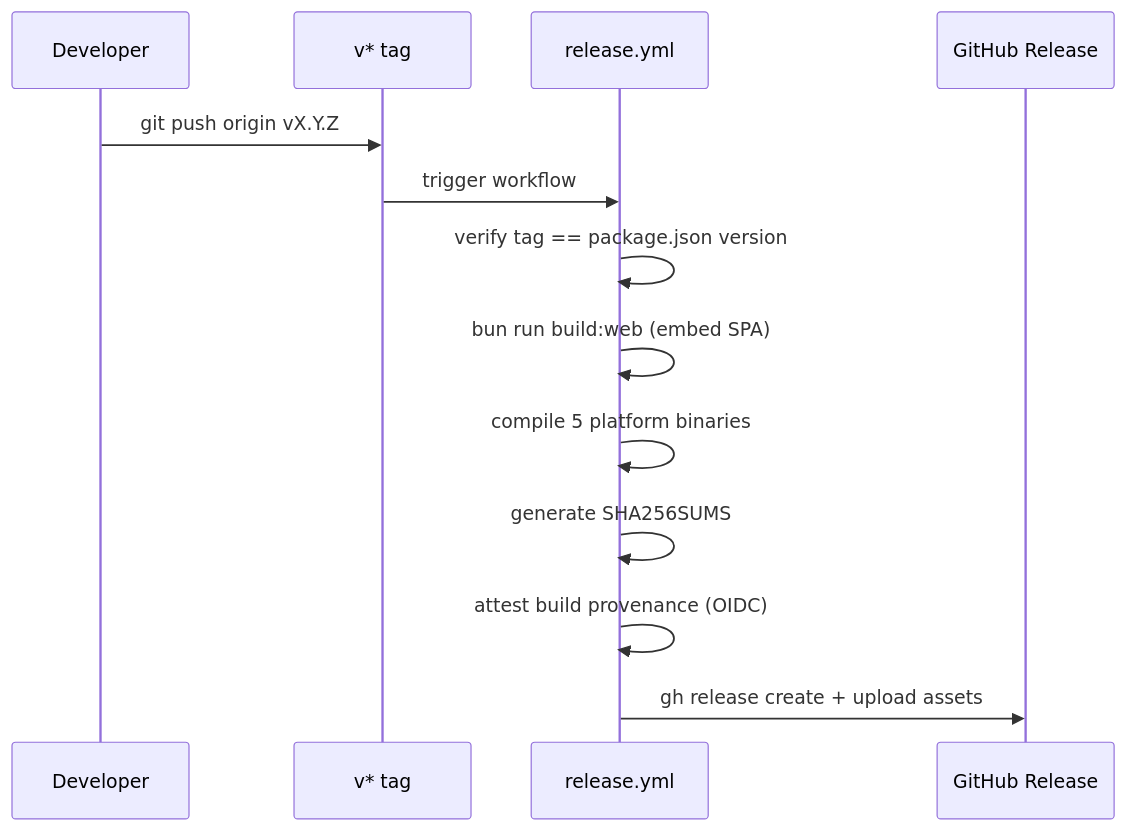
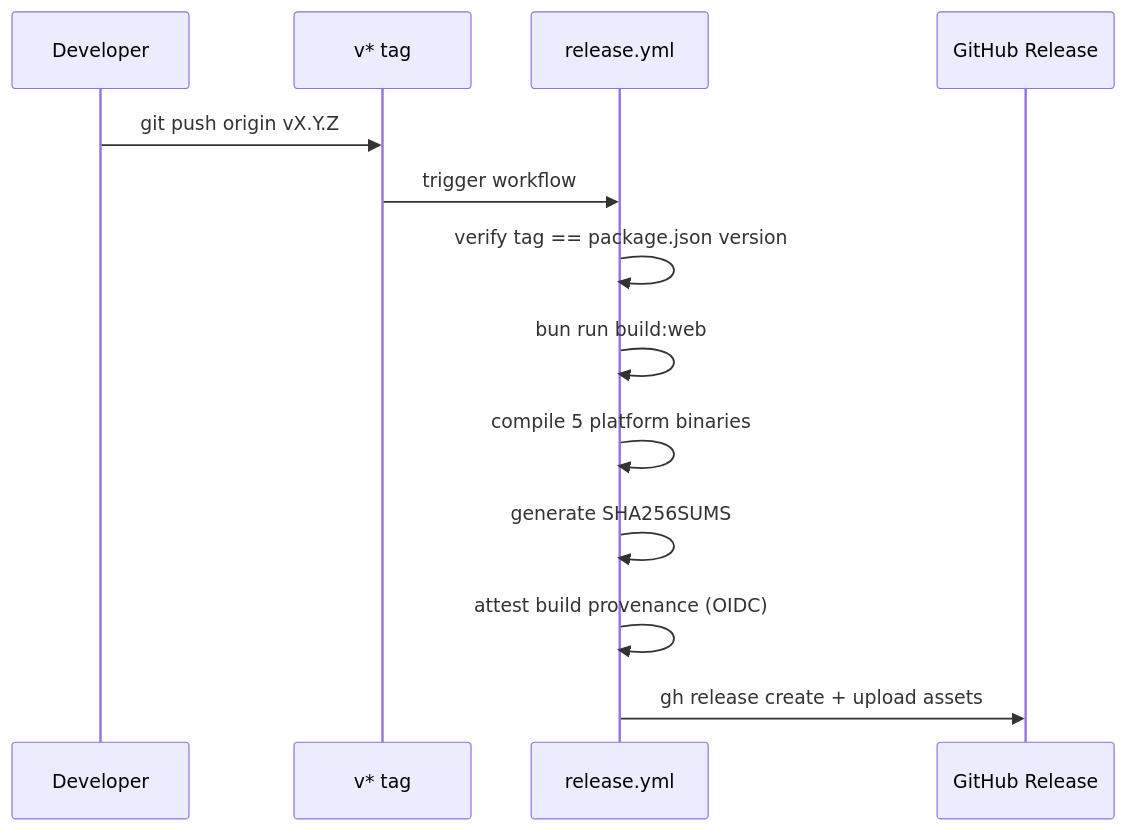
One commit to yorch/cc-analyzer changed the second of 2 diagrams in wiki/1-repository-structure.md. Above: the diagram before and after it, drawn with Mermaid. The commit also changed other lines of this file and 10 other files, not shown here.

First line of the commit message:
fix(build): keep generated SPA out of source tree (#46)

````diff
--- a/wiki/1-repository-structure.md
+++ b/wiki/1-repository-structure.md
@@ -97,16 +97,16 @@
 ```mermaid
 sequenceDiagram
     participant Dev as Developer
     participant Tag as v* tag
     participant Release as release.yml
     participant GH as GitHub Release
 
     Dev->>Tag: git push origin vX.Y.Z
     Tag->>Release: trigger workflow
     Release->>Release: verify tag == package.json version
-    Release->>Release: bun run build:web (embed SPA)
+    Release->>Release: bun run build:web
     Release->>Release: compile 5 platform binaries
     Release->>Release: generate SHA256SUMS
     Release->>Release: attest build provenance (OIDC)
     Release->>GH: gh release create + upload assets
 ```
````
